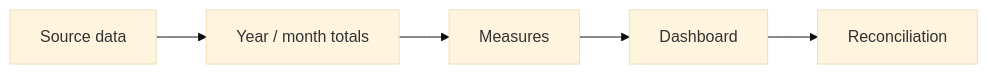
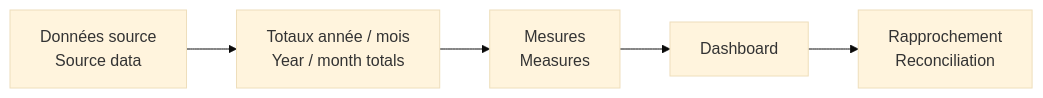
Before and after one commit to jeffersonkuku/powerbi-portfolio-projects: the diagram in powerbi-p2-consumables-financial-monitoring/docs/VALIDATION.md, drawn with Mermaid (base theme). The commit also changed other lines of this file and 9 other files, not shown here.

````diff
--- a/powerbi-p2-consumables-financial-monitoring/docs/VALIDATION.md
+++ b/powerbi-p2-consumables-financial-monitoring/docs/VALIDATION.md
@@ -11,7 +5,7 @@
 ```mermaid
 flowchart LR
-    A[Source data] --> B[Year / month totals]
-    B --> C[Measures]
+    A[Données source<br/>Source data] --> B[Totaux année / mois<br/>Year / month totals]
+    B --> C[Mesures<br/>Measures]
     C --> D[Dashboard]
-    D --> E[Reconciliation]
+    D --> E[Rapprochement<br/>Reconciliation]
 ```
````
